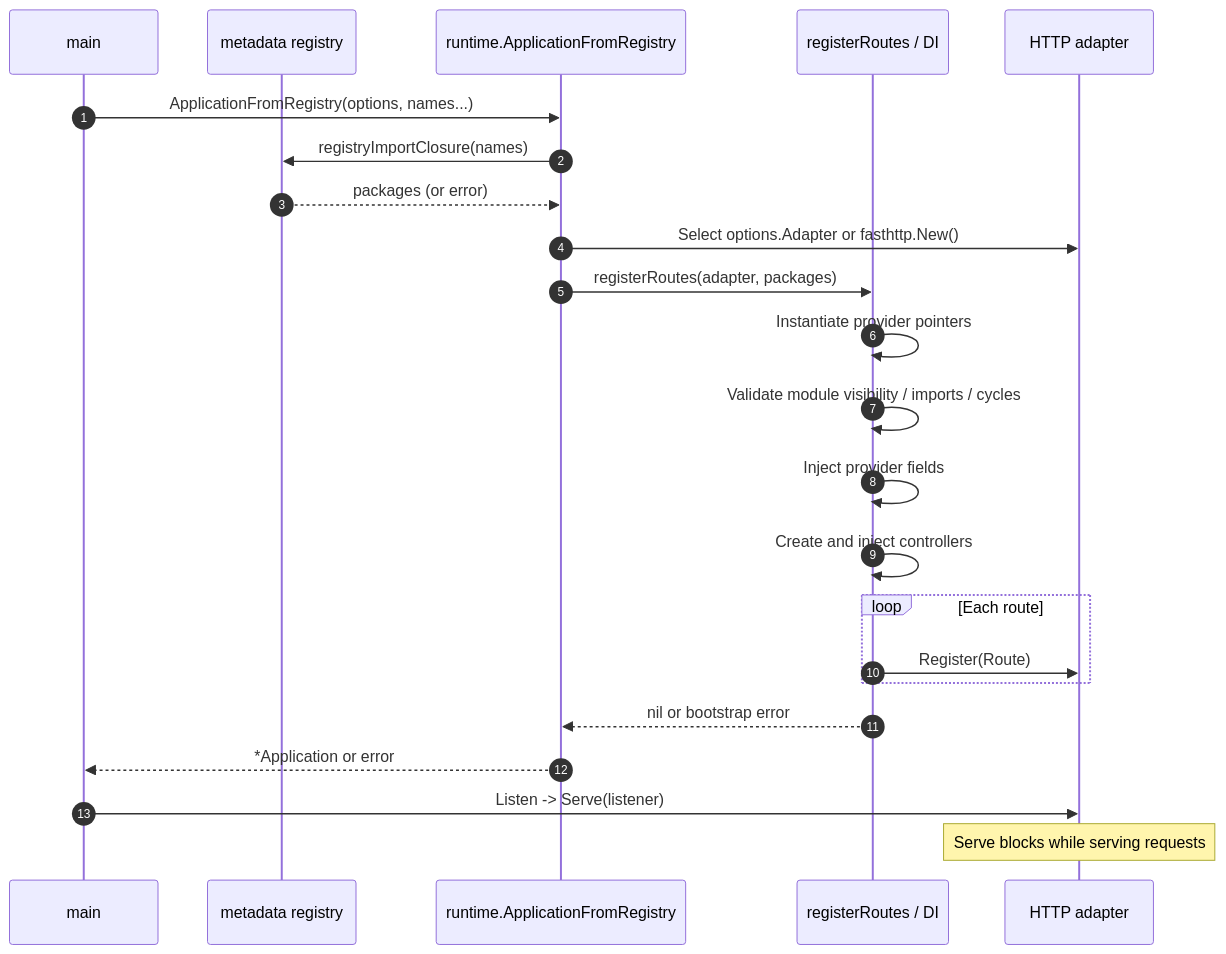
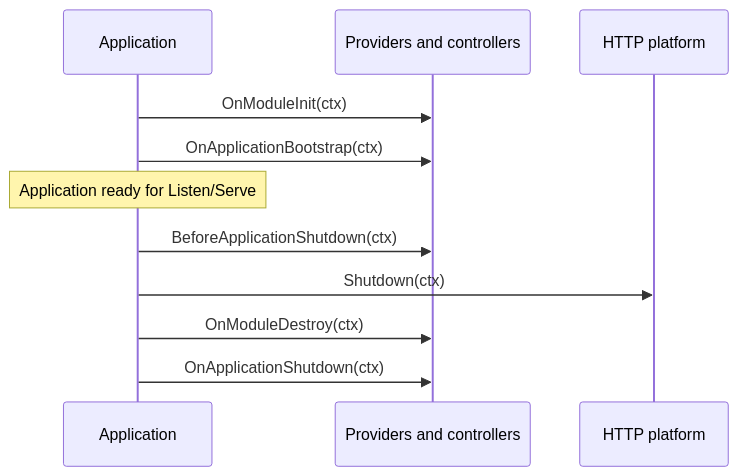
The third of 3 diagrams in website/docs/fundamentals/lifecycle.md (kevenmiano/nestgo), drawn with Mermaid before and after one commit. The commit also changed other lines of this file and 4 other files, not shown here.

````diff
--- a/website/docs/fundamentals/lifecycle.md
+++ b/website/docs/fundamentals/lifecycle.md
@@ -243,25 +63,13 @@
 ```mermaid
 sequenceDiagram
-  autonumber
-  participant Main as main
-  participant Registry as metadata registry
-  participant Factory as runtime.ApplicationFromRegistry
-  participant DI as registerRoutes / DI
-  participant Adapter as HTTP adapter
-  Main->>Factory: ApplicationFromRegistry(options, names...)
-  Factory->>Registry: registryImportClosure(names)
-  Registry-->>Factory: packages (or error)
-  Factory->>Adapter: Select options.Adapter or fasthttp.New()
-  Factory->>DI: registerRoutes(adapter, packages)
-  DI->>DI: Instantiate provider pointers
-  DI->>DI: Validate module visibility / imports / cycles
-  DI->>DI: Inject provider fields
-  DI->>DI: Create and inject controllers
-  loop Each route
-    DI->>Adapter: Register(Route)
-  end
-  DI-->>Factory: nil or bootstrap error
-  Factory-->>Main: *Application or error
-  Main->>Adapter: Listen -> Serve(listener)
-  Note over Adapter: Serve blocks while serving requests
+  participant App as Application
+  participant Hooks as Providers and controllers
+  participant Adapter as HTTP platform
+  App->>Hooks: OnModuleInit(ctx)
+  App->>Hooks: OnApplicationBootstrap(ctx)
+  Note over App: Application ready for Listen/Serve
+  App->>Hooks: BeforeApplicationShutdown(ctx)
+  App->>Adapter: Shutdown(ctx)
+  App->>Hooks: OnModuleDestroy(ctx)
+  App->>Hooks: OnApplicationShutdown(ctx)
 ```
````
